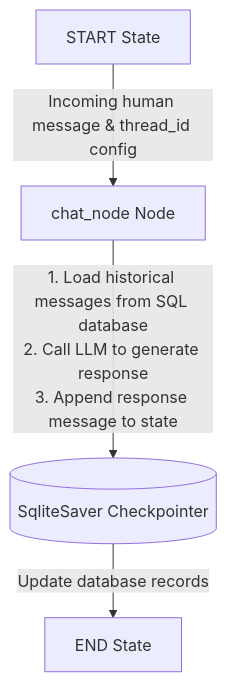
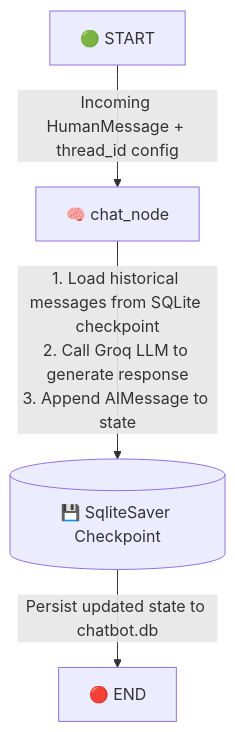
Before and after one commit to vijayypandit/langgraph-chatbot-ai: the second of 4 diagrams in README.md, drawn with Mermaid. The commit also changed other lines of this file and 3 other files, not shown here.

````diff
--- a/README.md
+++ b/README.md
@@ -44,6 +40,6 @@
 ```mermaid
 flowchart TD
-  START[START State] -->|Incoming human message & thread_id config| ChatNode[chat_node Node]
-  ChatNode -->|1. Load historical messages from SQL database<br>2. Call LLM to generate response<br>3. Append response message to state| Checkpoint[(SqliteSaver Checkpointer)]
-  Checkpoint -->|Update database records| EndNode[END State]
+  START["🟢 START"] -->|"Incoming HumanMessage + thread_id config"| ChatNode["🧠 chat_node"]
+  ChatNode -->|"1. Load historical messages from SQLite checkpoint\n2. Call Groq LLM to generate response\n3. Append AIMessage to state"| CP[("💾 SqliteSaver Checkpoint")]
+  CP -->|"Persist updated state to chatbot.db"| END_NODE["🔴 END"]
 ```
````
